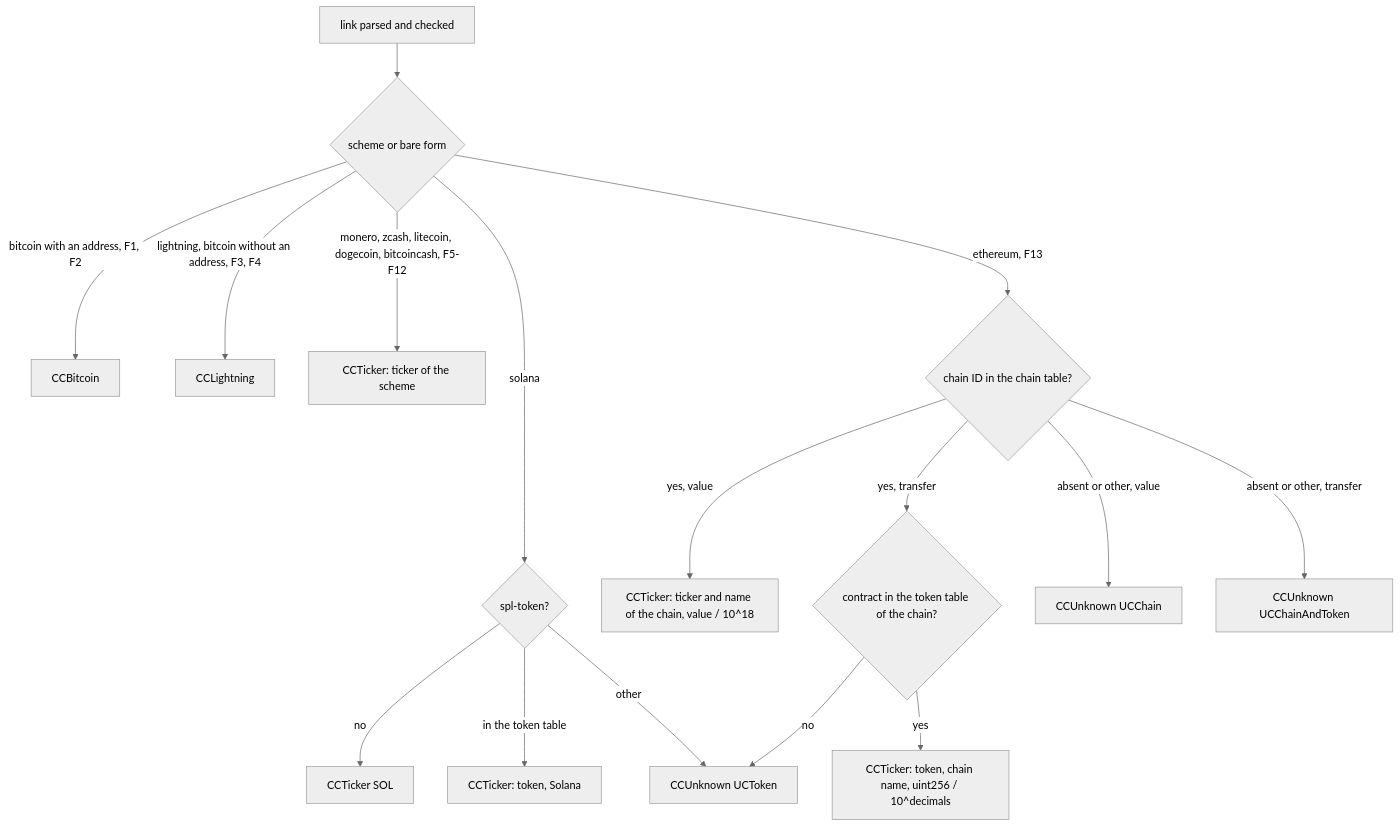
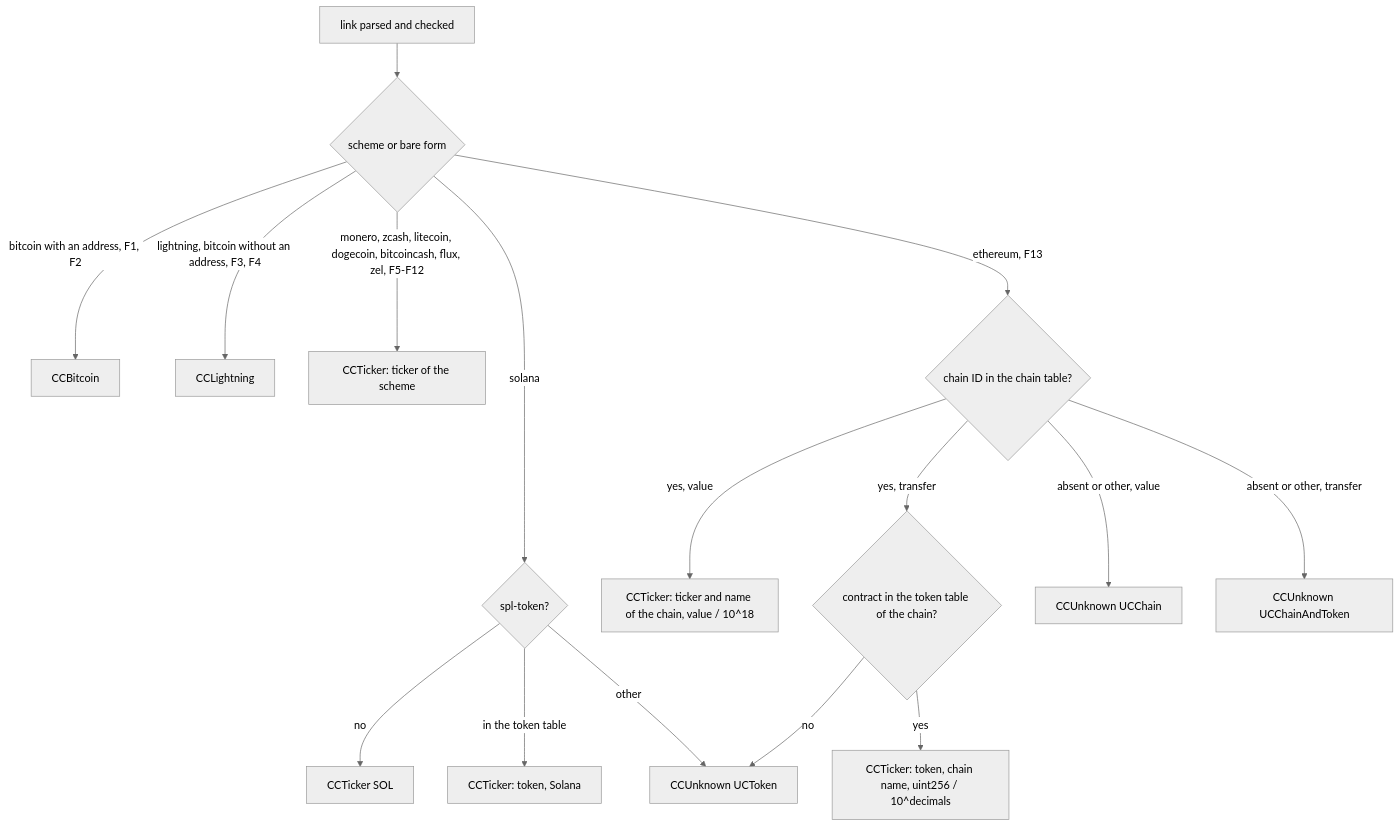
Before and after one commit to simplex-chat/simplex-chat: the third of 8 diagrams in plans/2026-11-22-payment-addresses.md, drawn with Mermaid (neutral theme). The commit also changed other lines of this file, not shown here.

Commit message:
core: payment addresses plan adds Flux links, flux: and zel:

````diff
--- a/plans/2026-11-22-payment-addresses.md
+++ b/plans/2026-11-22-payment-addresses.md
@@ -399,18 +411,18 @@
 ```mermaid
 flowchart TD
   P["link parsed and checked"] --> S{"scheme or bare form"}
   S -->|"bitcoin with an address, F1, F2"| B["CCBitcoin"]
   S -->|"lightning, bitcoin without an address, F3, F4"| N["CCLightning"]
-  S -->|"monero, zcash, litecoin, dogecoin, bitcoincash, F5-F12"| T["CCTicker: ticker of the scheme"]
+  S -->|"monero, zcash, litecoin, dogecoin, bitcoincash, flux, zel, F5-F12"| T["CCTicker: ticker of the scheme"]
   S -->|solana| SP{"spl-token?"}
   SP -->|no| SOL["CCTicker SOL"]
   SP -->|"in the token table"| ST["CCTicker: token, Solana"]
   SP -->|other| UT["CCUnknown UCToken"]
   S -->|"ethereum, F13"| C{"chain ID in the chain table?"}
   C -->|"yes, value"| CV["CCTicker: ticker and name of the chain, value / 10^18"]
   C -->|"yes, transfer"| K{"contract in the token table of the chain?"}
   K -->|yes| KT["CCTicker: token, chain name, uint256 / 10^decimals"]
   K -->|no| UT
   C -->|"absent or other, value"| UC["CCUnknown UCChain"]
   C -->|"absent or other, transfer"| UCT["CCUnknown UCChainAndToken"]
 ```
````
